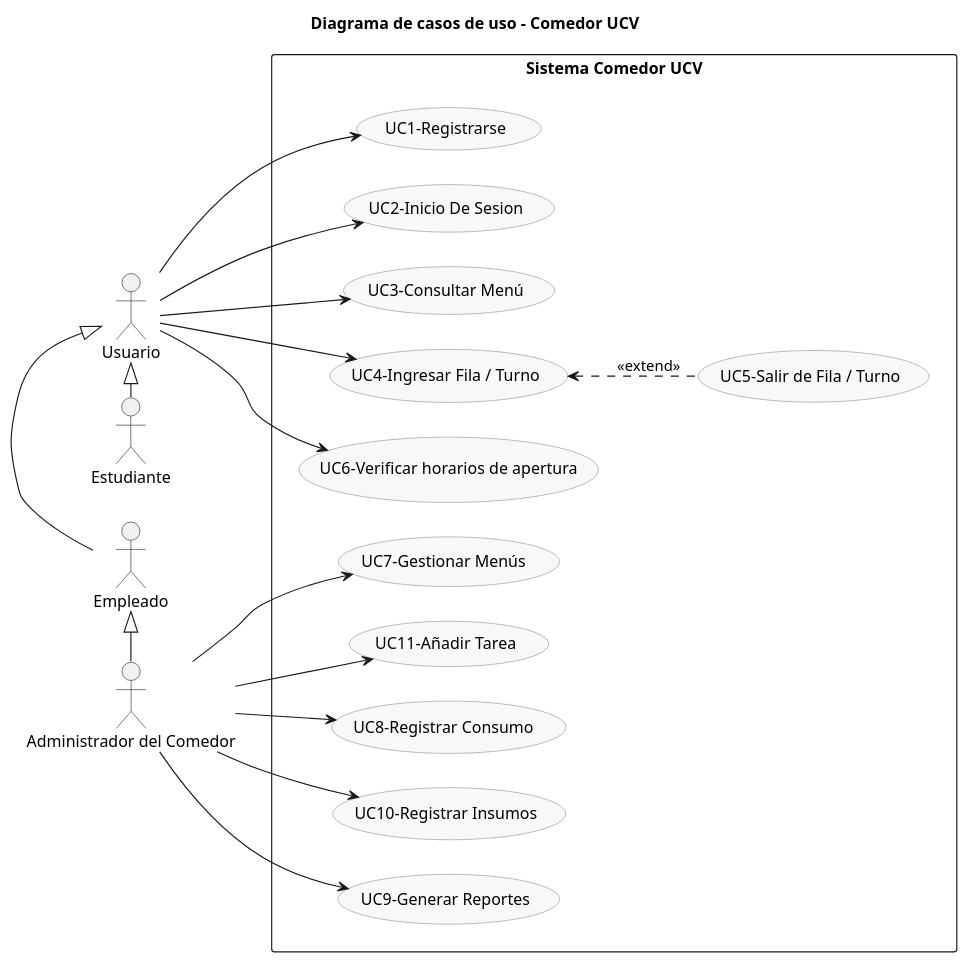
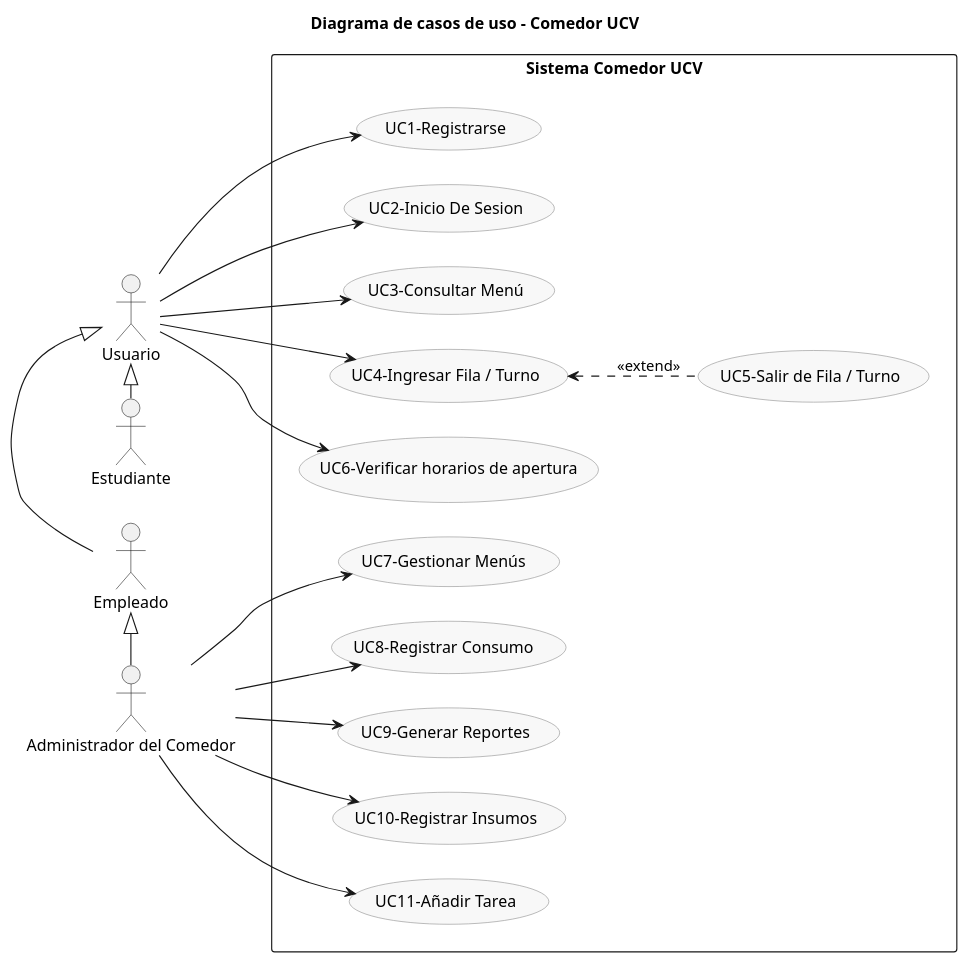
One commit to GodotCoffee28/PROYECTO-INGENIERIA-2025 changed the diagram in main/docs/modelo_caso_de _uso/modeloCasodeuso.puml. Above: the diagram before and after it, drawn with PlantUML. The commit also changed other lines of this file and 2 other files, not shown here.

```diff
--- a/main/docs/modelo_caso_de _uso/modeloCasodeuso.puml
+++ b/main/docs/modelo_caso_de _uso/modeloCasodeuso.puml
@@ -1,61 +1,61 @@
 @startuml UseCase
 left to right direction
 title Diagrama de casos de uso - Comedor UCV
 
 ' Ajustes visuales suaves para mejorar la legibilidad
 skinparam nodesep 30
 skinparam ranksep 30
 skinparam usecase {
     BackgroundColor #f8f8f8
     BorderColor #888888
 }
 
 ' Actores
 together{
 actor "Usuario" as UsuarioGeneral
 actor "Empleado" as Usuario2
 actor "Estudiante" as Usuario1
 }
 actor "Administrador del Comedor" as Admin
 
 
 Usuario1 -|> UsuarioGeneral
 Usuario2 -|> UsuarioGeneral
 Admin -|> Usuario2
 rectangle "Sistema Comedor UCV" {
     ' Casos de Uso del Usuario (agrupados para layout)
     together {
         usecase "UC1-Registrarse" as UC_Registro
         usecase "UC2-Inicio De Sesion" as UC_RegAcceso
         usecase "UC3-Consultar Menú" as UC_ConsultarMenu
         usecase "UC4-Ingresar Fila / Turno" as UC_IngresarFila
         usecase "UC5-Salir de Fila / Turno" as UC_SalirFila
         usecase "UC6-Verificar horarios de apertura" as UC_verificar
     }
 
     ' Casos de Uso del Administrador (agrupados para layout)
     together {
         usecase "UC7-Gestionar Menús " as UC_GestionarMenu
+        usecase "UC8-Registrar Consumo " as UC_RegConsumo
+        usecase "UC9-Generar Reportes" as UC_Reportes
+        usecase "UC10-Registrar Insumos" as UC_RegInsumos
         usecase "UC11-Añadir Tarea" as UC_GestionarTurnos
-        usecase "UC8-Registrar Consumo " as UC_RegConsumo
-        usecase "UC10-Registrar Insumos" as UC_RegInsumos
-        usecase "UC9-Generar Reportes" as UC_Reportes
     }
 
     ' Relaciones
 
     UsuarioGeneral --> UC_Registro
     UsuarioGeneral --> UC_ConsultarMenu
     UsuarioGeneral --> UC_RegAcceso
     UsuarioGeneral --> UC_IngresarFila
     UsuarioGeneral --> UC_verificar
 
     Admin --> UC_GestionarMenu
     Admin --> UC_GestionarTurnos
     Admin --> UC_RegConsumo
     Admin --> UC_RegInsumos
     Admin --> UC_Reportes
 
     UC_IngresarFila <.. UC_SalirFila : <<extend>>
 }
 @enduml
```
